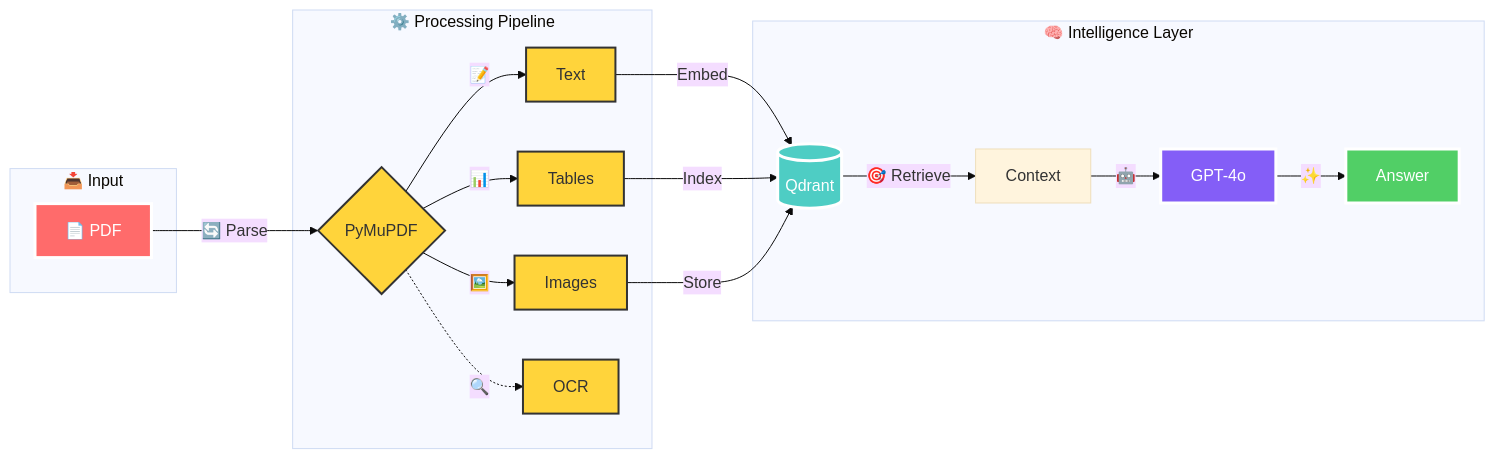
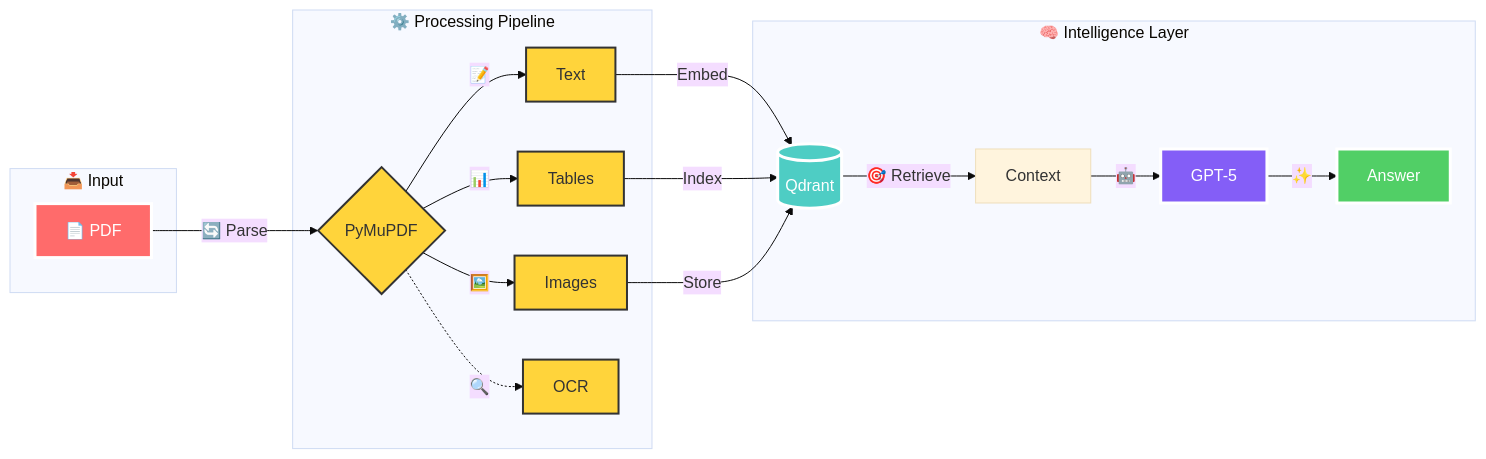
Before and after one commit to Harry-231/Fastest-multimodal-rag-using-gpt-5: the diagram in README.md, drawn with Mermaid (base theme). The commit also changed other lines of this file, not shown here.

````diff
--- a/README.md
+++ b/README.md
@@ -54,31 +54,31 @@
 ```mermaid
 graph LR
     subgraph "📥 Input"
         PDF[📄 PDF]
     end
     
     subgraph "⚙️ Processing Pipeline"
         PDF -->|🔄 Parse| Parser{PyMuPDF}
         Parser -->|📝| Text[Text]
         Parser -->|📊| Tables[Tables]
         Parser -->|🖼️| Images[Images]
         Parser -.->|🔍| OCR[OCR]
     end
     
     subgraph "🧠 Intelligence Layer"
         Text -->|Embed| VDB[(Qdrant)]
         Tables -->|Index| VDB
         Images -->|Store| VDB
         VDB -->|🎯 Retrieve| Context[Context]
-        Context -->|🤖| GPT[GPT-4o]
+        Context -->|🤖| GPT[GPT-5]
         GPT -->|✨| Answer[Answer]
     end
     
     style PDF fill:#ff6b6b,stroke:#fff,stroke-width:3px,color:#fff
     style Answer fill:#51cf66,stroke:#fff,stroke-width:3px,color:#fff
     style VDB fill:#4ecdc4,stroke:#fff,stroke-width:3px,color:#fff
     style GPT fill:#845ef7,stroke:#fff,stroke-width:3px,color:#fff
     
     classDef processing fill:#ffd43b,stroke:#333,stroke-width:2px
     class Parser,Text,Tables,Images,OCR processing
 ```
````
